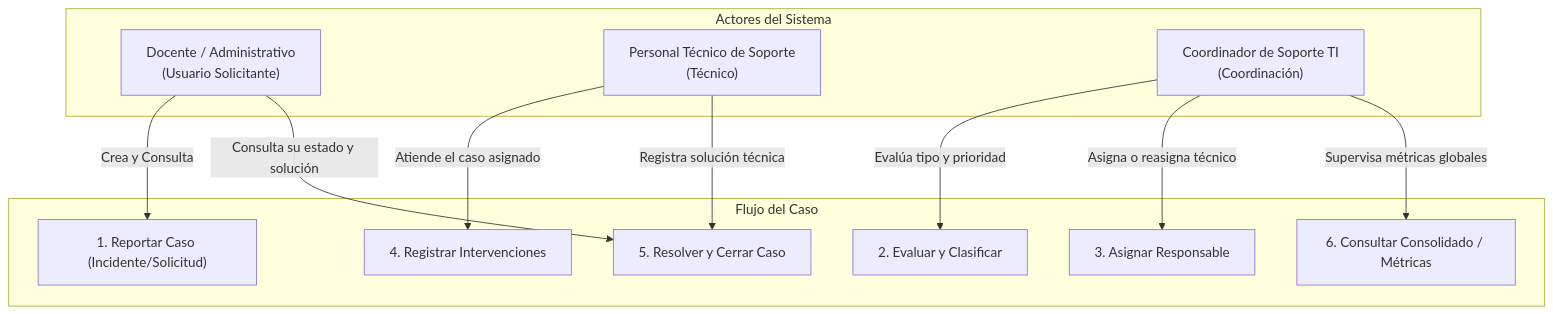
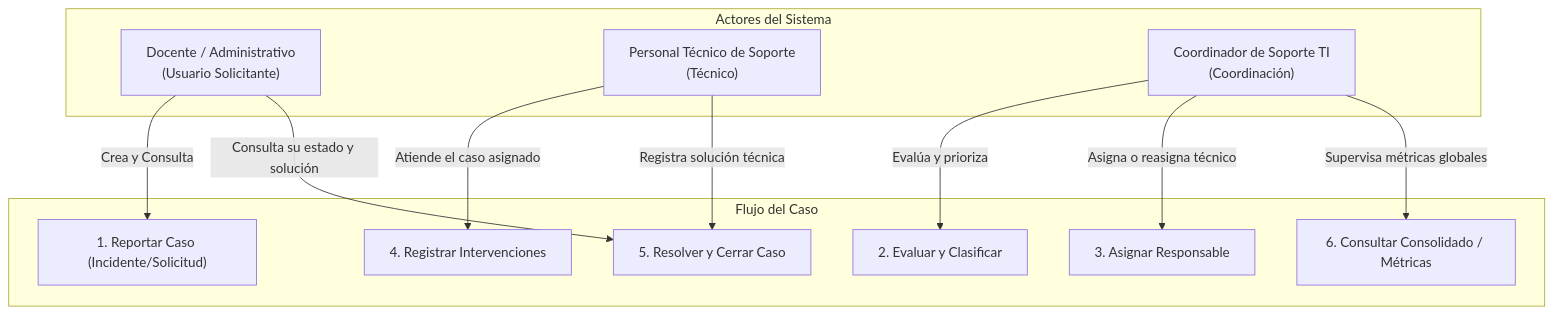
Before and after one commit to Juanda555-bit/mesa-servicios-ti: the diagram in docs/especificacion_y_entrevista_docente.md, drawn with Mermaid. The commit also changed other lines of this file and 4 other files, not shown here.

````diff
--- a/docs/especificacion_y_entrevista_docente.md
+++ b/docs/especificacion_y_entrevista_docente.md
@@ -26,25 +26,25 @@
 ```mermaid
 graph TD
     subgraph Actores del Sistema
         SOL["Docente / Administrativo<br>(Usuario Solicitante)"]
         TEC["Personal Técnico de Soporte<br>(Técnico)"]
         COO["Coordinador de Soporte TI<br>(Coordinación)"]
     end
 
     subgraph Flujo del Caso
         C1["1. Reportar Caso (Incidente/Solicitud)"]
         C2["2. Evaluar y Clasificar"]
         C3["3. Asignar Responsable"]
         C4["4. Registrar Intervenciones"]
         C5["5. Resolver y Cerrar Caso"]
         C6["6. Consultar Consolidado / Métricas"]
     end
 
     SOL -->|Crea y Consulta| C1
     SOL -->|Consulta su estado y solución| C5
-    COO -->|Evalúa tipo y prioridad| C2
+    COO -->|Evalúa y prioriza| C2
     COO -->|Asigna o reasigna técnico| C3
     COO -->|Supervisa métricas globales| C6
     TEC -->|Atiende el caso asignado| C4
     TEC -->|Registra solución técnica| C5
 ```
````
